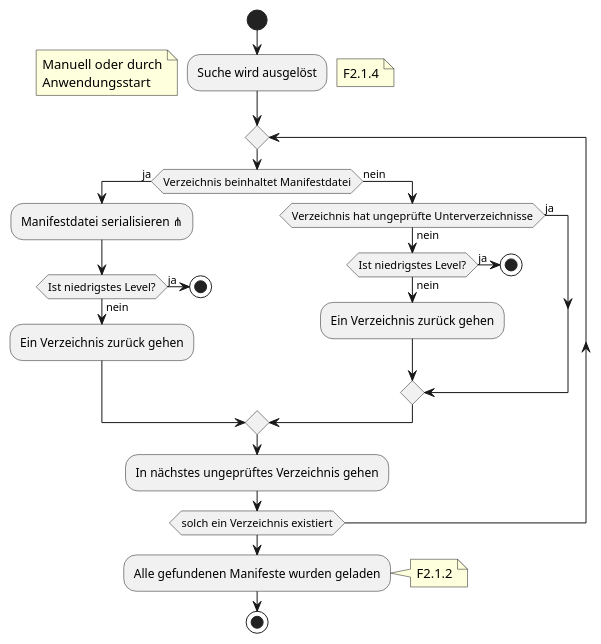
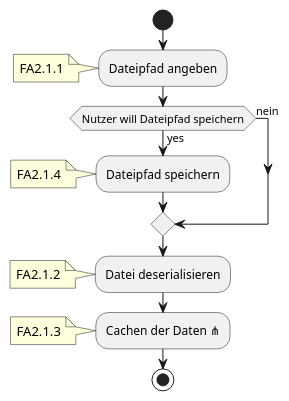
The tenth of 20 diagrams in wiki/topics/Inkremente/00/Anforderungsanalyse.md (SoftwareEngineeringOne/wiki), drawn with PlantUML before and after one commit. The commit also changed other lines of this file, not shown here.

````diff
--- a/wiki/topics/Inkremente/00/Anforderungsanalyse.md
+++ b/wiki/topics/Inkremente/00/Anforderungsanalyse.md
@@ -288,37 +347,17 @@
 ```plantuml
 @startuml
 start
-:Suche wird ausgelöst;
-note left: Manuell oder durch\nAnwendungsstart
-note right: F2.1.4
-repeat
-if(Verzeichnis beinhaltet Manifestdatei) then(ja)
-:Manifestdatei serialisieren ⋔;
-if(Ist niedrigstes Level?) then(ja)
+:Dateipfad angeben;
+note: FA2.1.1
+if(Nutzer will Dateipfad speichern) then(yes)
+    :Dateipfad speichern;
+    note: FA2.1.4
+else (nein)
+endif
+:Datei deserialisieren;
+note: FA2.1.2
+:Cachen der Daten ⋔;
+note: FA2.1.3
 stop
-else(nein)
-:Ein Verzeichnis zurück gehen;
-endif
-
-else (nein)
-if(Verzeichnis hat ungeprüfte Unterverzeichnisse)then(ja)
-else(nein)
-if(Ist niedrigstes Level?) then(ja)
-stop
-else(nein)
-:Ein Verzeichnis zurück gehen;
-endif
-endif
-
-endif
-
-:In nächstes ungeprüftes Verzeichnis gehen;
-repeat while (solch ein Verzeichnis existiert)
-
-:Alle gefundenen Manifeste wurden geladen;
-note right: F2.1.2
-stop
-
-
 @enduml
 ```
````
